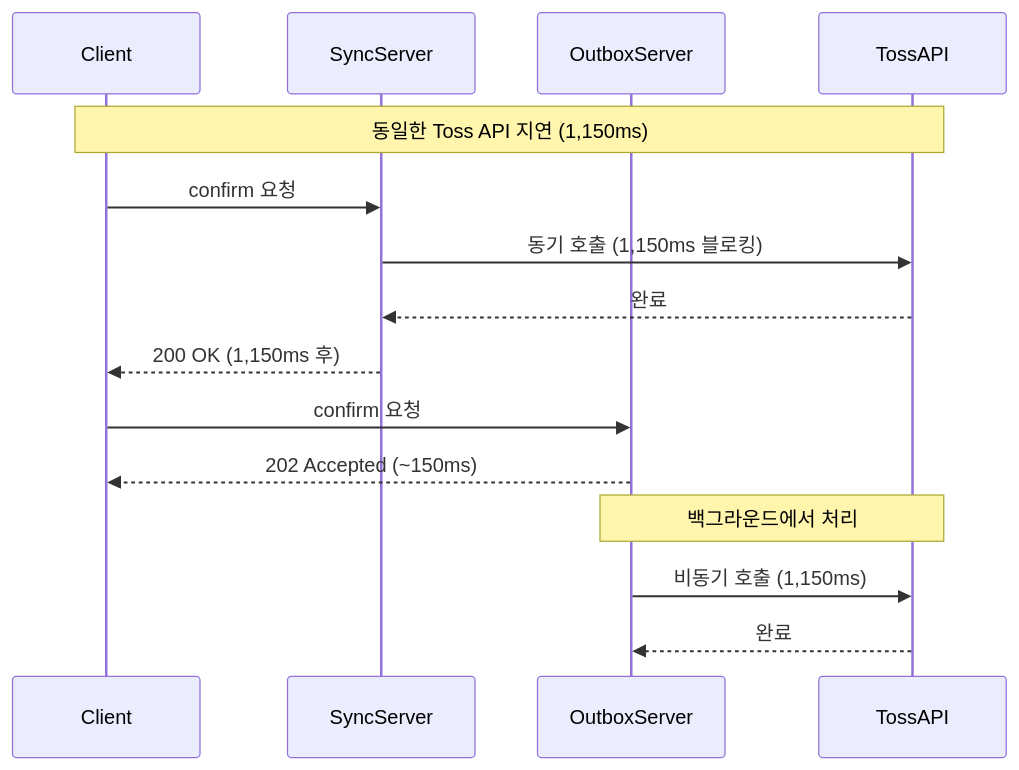
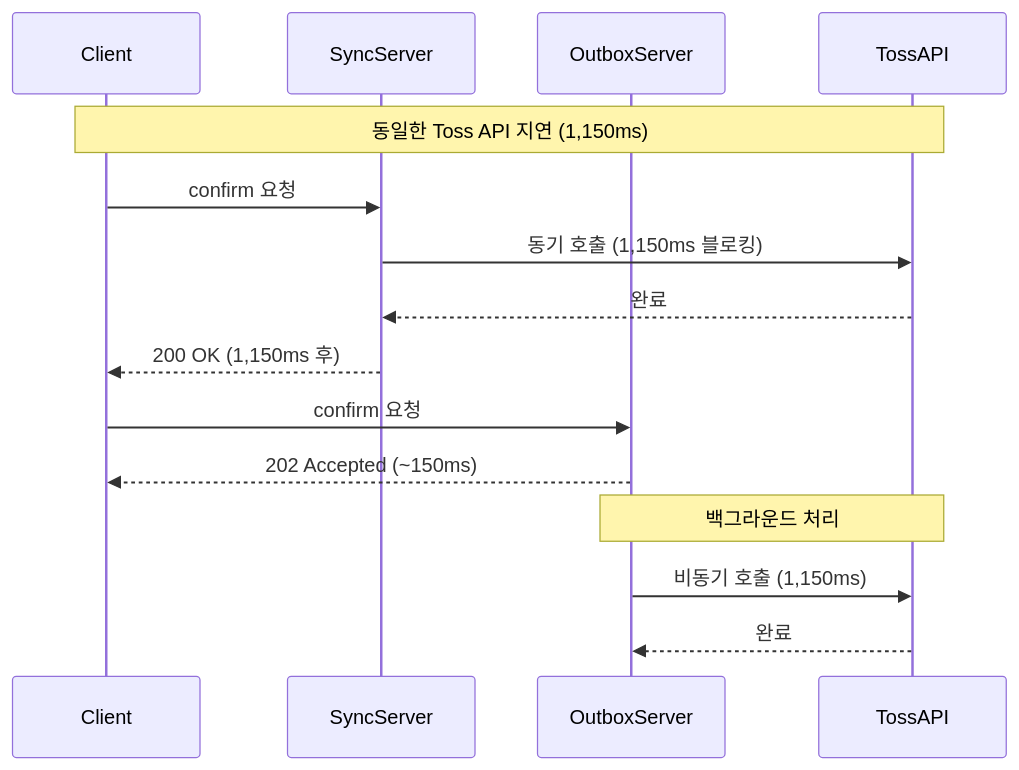
One commit to hyoguoo/payment-platform changed the sixth of 6 diagrams in docs/BENCHMARK-REPORT.md. Above: the diagram before and after it, drawn with Mermaid. The commit also changed other lines of this file and 1 other file, not shown here.

````diff
--- a/docs/BENCHMARK-REPORT.md
+++ b/docs/BENCHMARK-REPORT.md
@@ -295,20 +305,20 @@
 ```mermaid
 sequenceDiagram
     participant Client
     participant SyncServer
     participant OutboxServer
     participant TossAPI
 
     Note over Client,TossAPI: 동일한 Toss API 지연 (1,150ms)
 
     Client->>SyncServer: confirm 요청
     SyncServer->>TossAPI: 동기 호출 (1,150ms 블로킹)
     TossAPI-->>SyncServer: 완료
     SyncServer-->>Client: 200 OK (1,150ms 후)
 
     Client->>OutboxServer: confirm 요청
     OutboxServer-->>Client: 202 Accepted (~150ms)
-    Note over OutboxServer,TossAPI: 백그라운드에서 처리
+    Note over OutboxServer,TossAPI: 백그라운드 처리
     OutboxServer->>TossAPI: 비동기 호출 (1,150ms)
     TossAPI-->>OutboxServer: 완료
 ```
````
